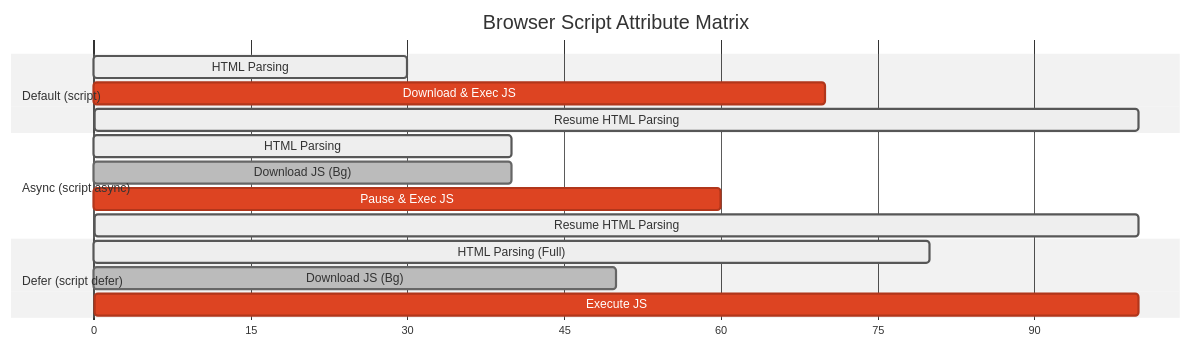
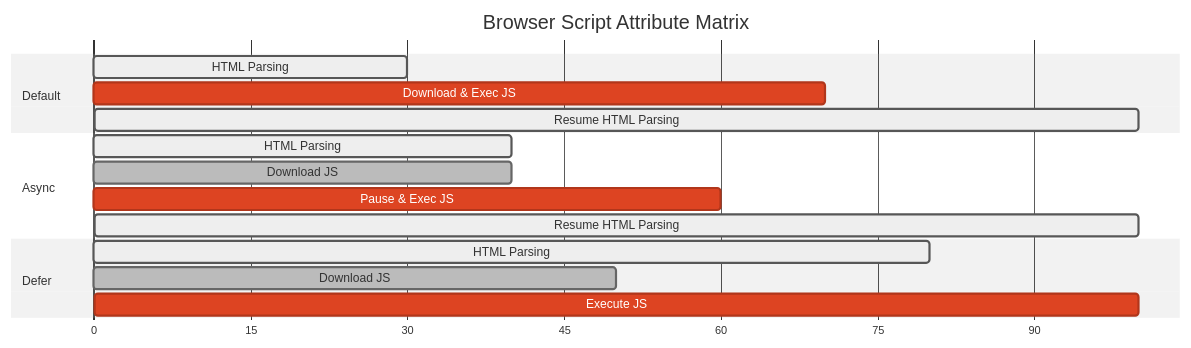
One commit to userAshwani/mastering-code changed the second of 2 diagrams in JavaScript/01-Fundamentals/02-Script-Placement-and-Execution.md. Above: the diagram before and after it, drawn with Mermaid (neutral theme). The commit also changed other lines of this file and 4 other files, not shown here.

````diff
--- a/JavaScript/01-Fundamentals/02-Script-Placement-and-Execution.md
+++ b/JavaScript/01-Fundamentals/02-Script-Placement-and-Execution.md
@@ -112,22 +124,22 @@
 ```mermaid
 gantt
     title Browser Script Attribute Matrix
     dateFormat X
     axisFormat %s
 
-    section Default (script)
+    section Default
     HTML Parsing         :active, p1, 0, 30
     Download & Exec JS   :crit, e1, 30, 70
     Resume HTML Parsing  :active, p2, 70, 100
 
-    section Async (script async)
+    section Async
     HTML Parsing         :active, ap1, 0, 40
-    Download JS (Bg)     :done, ad1, 0, 40
+    Download JS          :done, ad1, 0, 40
     Pause & Exec JS      :crit, ae1, 40, 60
     Resume HTML Parsing  :active, ap2, 60, 100
 
-    section Defer (script defer)
-    HTML Parsing (Full)  :active, dp1, 0, 80
-    Download JS (Bg)     :done, dd1, 0, 50
+    section Defer
+    HTML Parsing         :active, dp1, 0, 80
+    Download JS          :done, dd1, 0, 50
     Execute JS           :crit, de1, 80, 100
 ```
````
